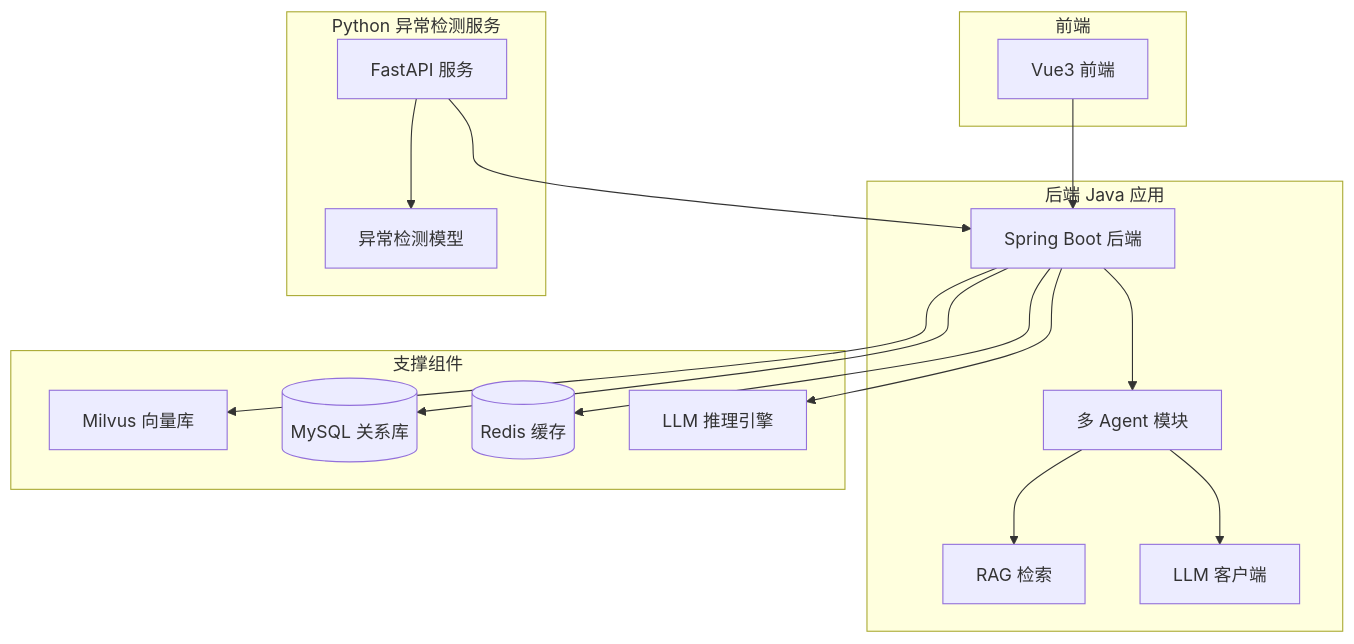
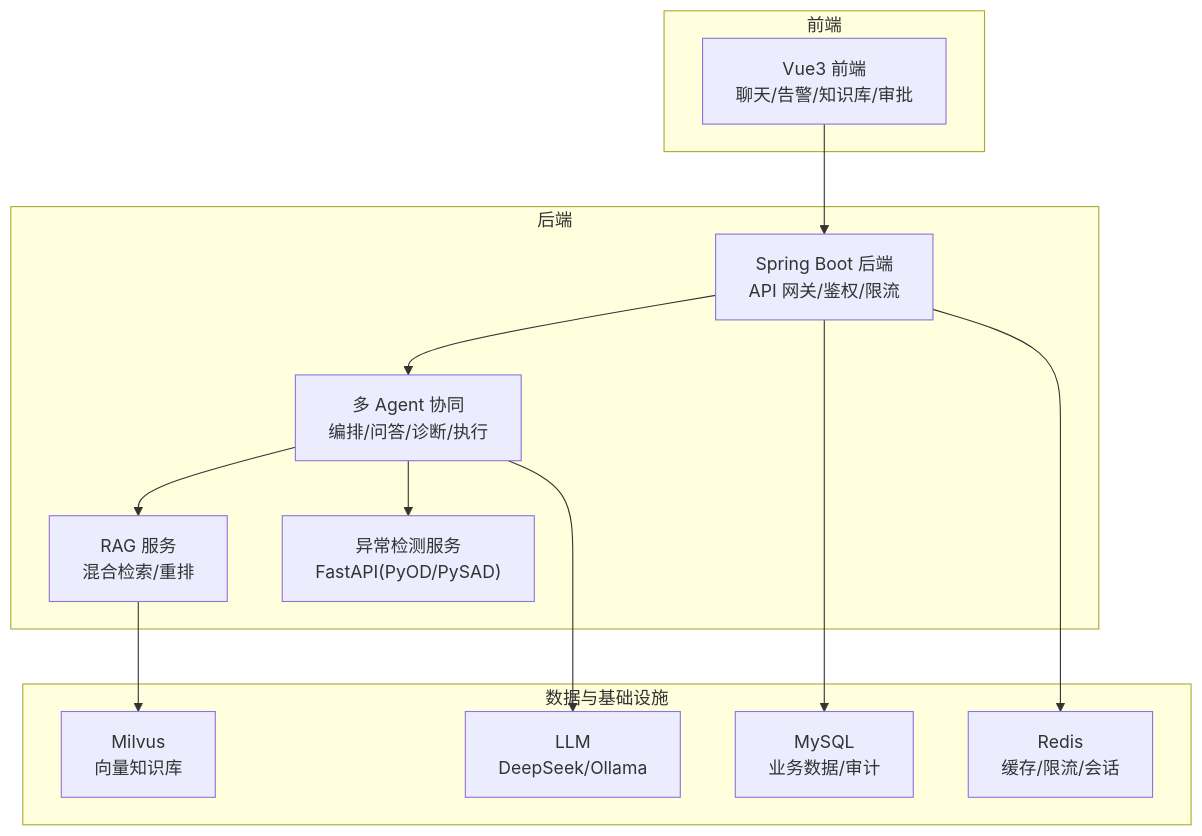
The first of 7 diagrams in .qoder/repowiki/zh/content/项目概述/项目概述.md (lyyzzz6/AIops), drawn with Mermaid before and after one commit. The commit also changed other lines of this file and 371 other files, not shown here.

````diff
--- a/.qoder/repowiki/zh/content/项目概述/项目概述.md
+++ b/.qoder/repowiki/zh/content/项目概述/项目概述.md
@@ -47,32 +59,26 @@
 ```mermaid
 graph TB
 subgraph "前端"
-FE[Vue3 前端]
+FE["Vue3 前端<br/>聊天/告警/知识库/审批"]
 end
-subgraph "后端 Java 应用"
-BE[Spring Boot 后端]
-AG[多 Agent 模块]
-RAG[RAG 检索]
-AI[LLM 客户端]
+subgraph "后端"
+BE["Spring Boot 后端<br/>API 网关/鉴权/限流"]
+AG["多 Agent 协同<br/>编排/问答/诊断/执行"]
+RAG["RAG 服务<br/>混合检索/重排"]
+PY["异常检测服务<br/>FastAPI(PyOD/PySAD)"]
 end
-subgraph "Python 异常检测服务"
-PY[FastAPI 服务]
-DET[异常检测模型]
-end
-subgraph "支撑组件"
-MIL[Milvus 向量库]
-DB[(MySQL 关系库)]
-RC[(Redis 缓存)]
-LLM[LLM 推理引擎]
+subgraph "数据与基础设施"
+MYSQL["MySQL<br/>业务数据/审计"]
+MILVUS["Milvus<br/>向量知识库"]
+REDIS["Redis<br/>缓存/限流/会话"]
+LLM["LLM<br/>DeepSeek/Ollama"]
 end
 FE --> BE
 BE --> AG
 AG --> RAG
-AG --> AI
-PY --> DET
-PY --> BE
-BE --> MIL
-BE --> DB
-BE --> RC
-BE --> LLM
+AG --> PY
+BE --> MYSQL
+RAG --> MILVUS
+BE --> REDIS
+AG --> LLM
 ```
````
